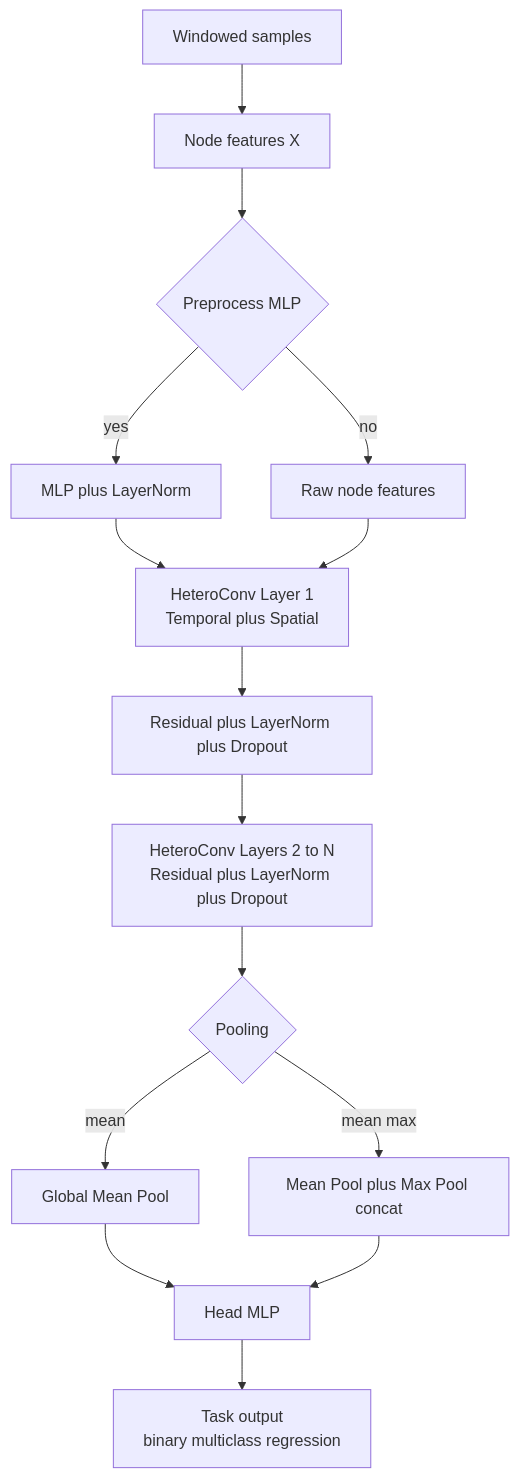
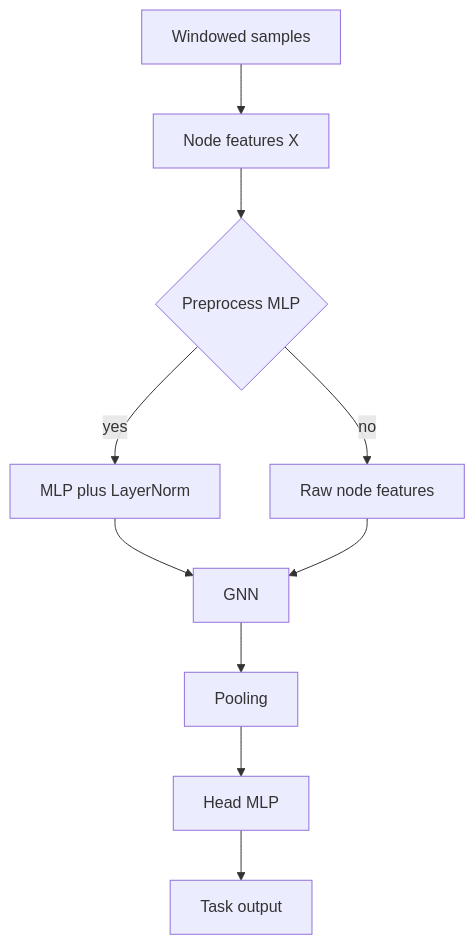
The first of 2 diagrams in README.md (Space0code/GFM-for-eyetracker), drawn with Mermaid before and after one commit. The commit also changed 2 other files, not shown here.

Commit message:
simplify README high-level architecture schema

````diff
--- a/README.md
+++ b/README.md
@@ -76,17 +76,12 @@
 ```mermaid
 flowchart TD
     A["Windowed samples"] --> B["Node features X"]
     B --> C{"Preprocess MLP"}
     C -->|yes| D["MLP plus LayerNorm"]
     C -->|no| E["Raw node features"]
-    D --> F["HeteroConv Layer 1\nTemporal plus Spatial"]
-    E --> F
-    F --> G["Residual plus LayerNorm plus Dropout"]
-    G --> H["HeteroConv Layers 2 to N\nResidual plus LayerNorm plus Dropout"]
-    H --> I{"Pooling"}
-    I -->|mean| J["Global Mean Pool"]
-    I -->|mean max| K["Mean Pool plus Max Pool concat"]
-    J --> L["Head MLP"]
-    K --> L
-    L --> M["Task output\nbinary multiclass regression"]
+    D --> H["GNN"]
+    E --> H["GNN"]
+    H --> I["Pooling"]
+    I --> L["Head MLP"]
+    L --> M["Task output"]
 ```
````
